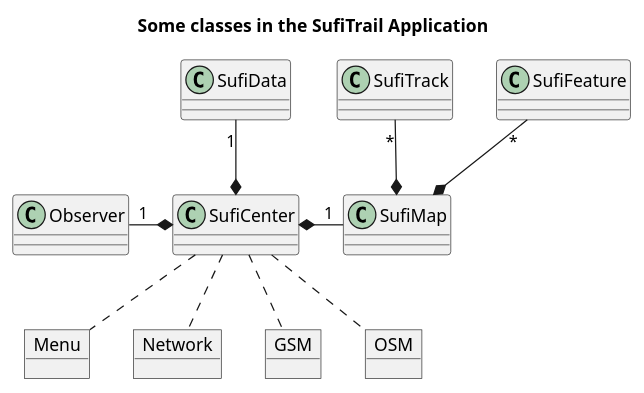
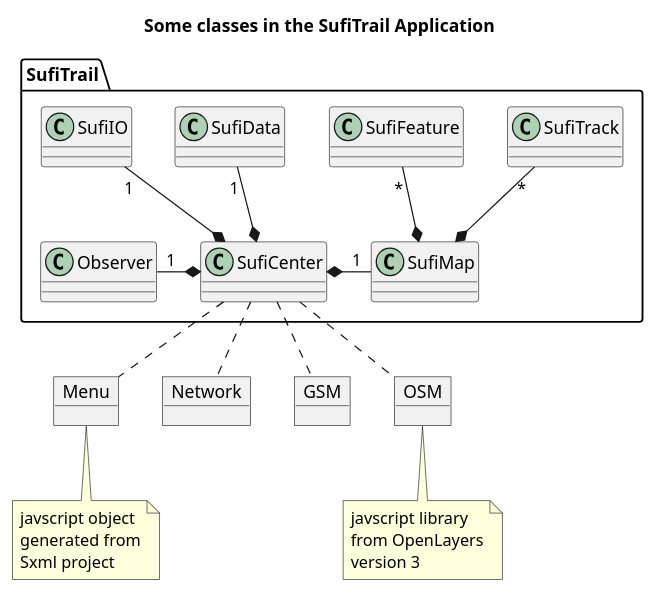
One commit to MARTIMM/Sufitrail changed the third of 17 diagrams in Doc/Designer notes.md. Above: the diagram before and after it, drawn with PlantUML. The commit also changed other lines of this file, not shown here.

````diff
--- a/Doc/Designer notes.md
+++ b/Doc/Designer notes.md
@@ -96,49 +126,60 @@
 ``` plantuml
 title Some classes in the SufiTrail Application
-class Observer {
+
+package SufiTrail {
+  class Observer {
+  }
+
+  class SufiData {
+  }
+
+  class SufiMap {
+  }
+
+  class SufiTrack {
+  }
+
+  class SufiFeature {
+  }
+
+  class SufiCenter {
+  }
+
+  class SufiIO {
+  }
 }
 
-class SufiData {
-}
-
-class SufiMap {
-}
-
-class SufiTrack {
-}
-
-class SufiFeature {
-}
-
-class SufiCenter {
-}
-
-'note "Menu is a javscript object" as M
 object Menu {
 
 }
 
 object Network {
 
 }
 
 object GSM {
 
 }
 
 object OSM {
 
 }
 
+note "javscript object\ngenerated from\nSxml project" as M
+Menu .. M
+note "javscript library\nfrom OpenLayers\nversion 3" as OL3
+OSM .. OL3
+
 SufiData "1" --* SufiCenter
+SufiIO "1" --* SufiCenter
 
 Observer "1" -* SufiCenter
 SufiCenter .. Menu
 SufiCenter *- "1" SufiMap
 SufiCenter .. Network
 SufiCenter .. GSM
 SufiCenter .. OSM
 
 SufiTrack "*" --* SufiMap
 SufiFeature "*" --* SufiMap
 ```
````
